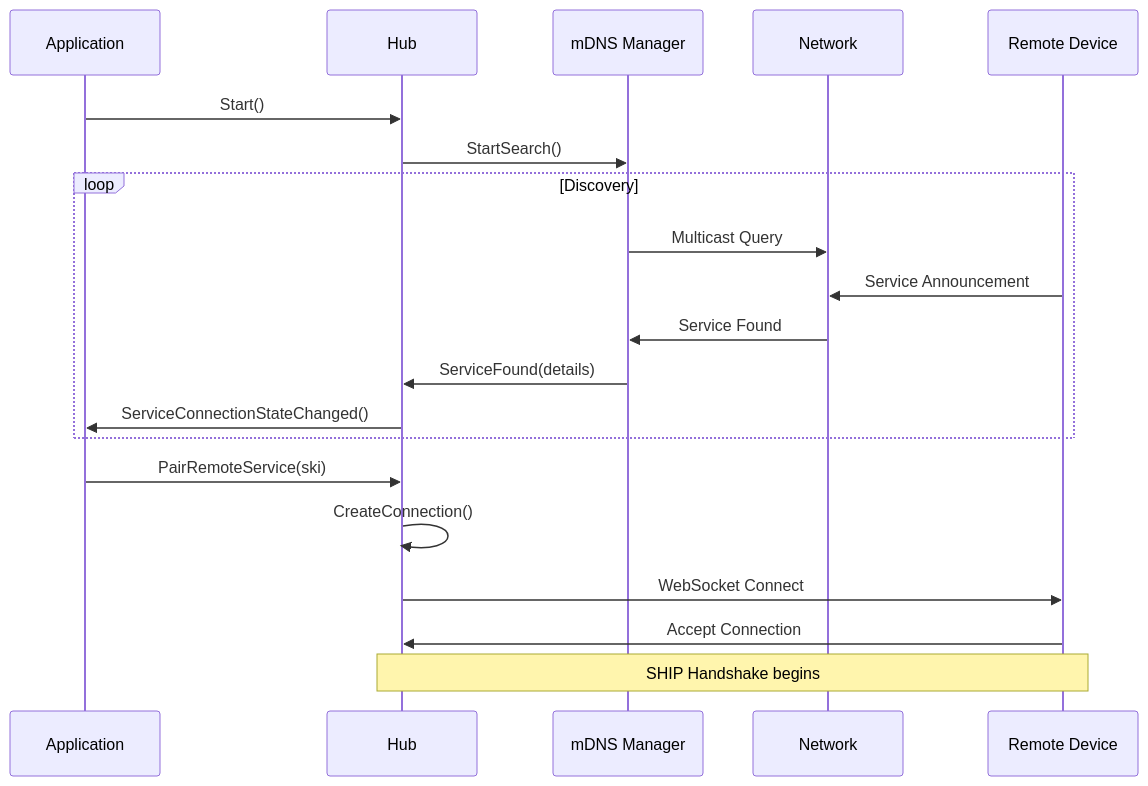
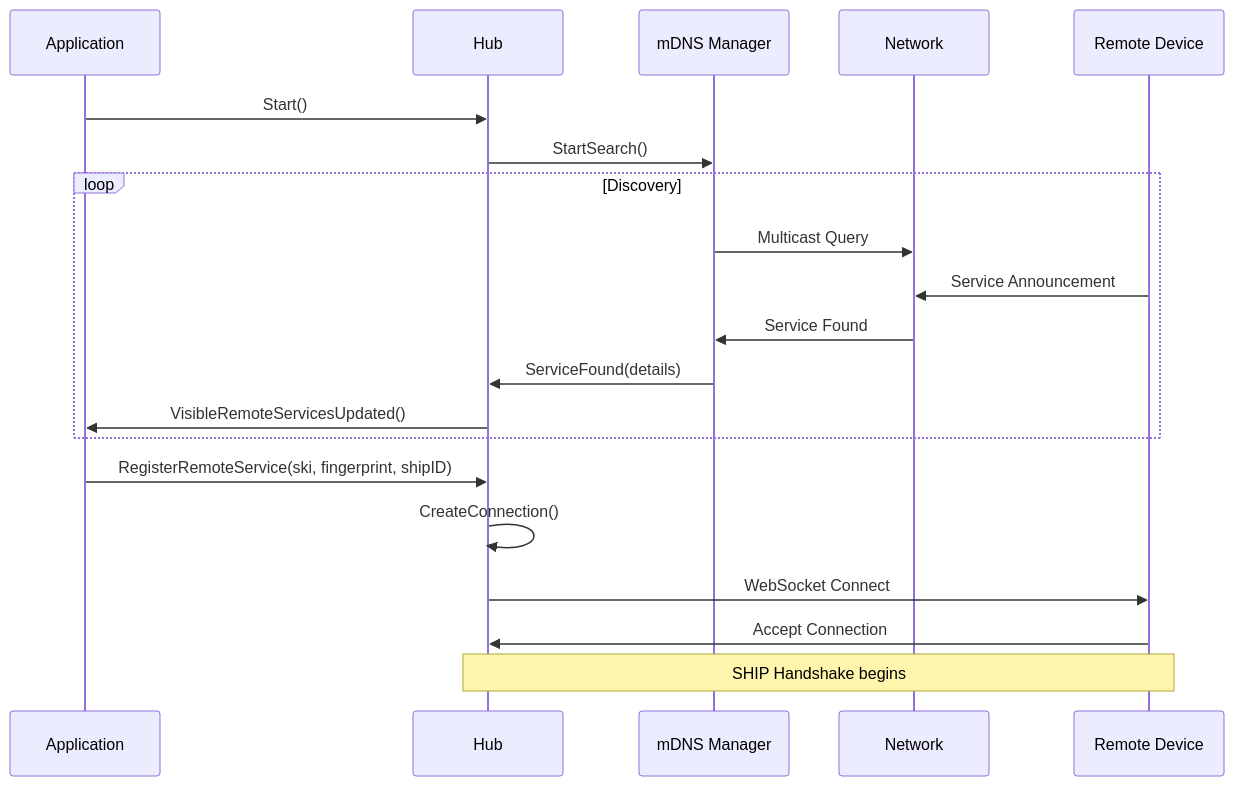
Before and after one commit to enbility/ship-go: the sixth of 15 diagrams in ARCHITECTURE.md, drawn with Mermaid. The commit also changed other lines of this file and 57 other files, not shown here.

````diff
--- a/ARCHITECTURE.md
+++ b/ARCHITECTURE.md
@@ -251,26 +270,26 @@
 ```mermaid
 sequenceDiagram
     participant App as Application
     participant Hub as Hub
     participant mDNS as mDNS Manager
     participant Net as Network
     participant Remote as Remote Device
     
     App->>Hub: Start()
     Hub->>mDNS: StartSearch()
     
     loop Discovery
         mDNS->>Net: Multicast Query
         Remote->>Net: Service Announcement
         Net->>mDNS: Service Found
         mDNS->>Hub: ServiceFound(details)
-        Hub->>App: ServiceConnectionStateChanged()
+        Hub->>App: VisibleRemoteServicesUpdated()
     end
     
-    App->>Hub: PairRemoteService(ski)
+    App->>Hub: RegisterRemoteService(ski, fingerprint, shipID)
     Hub->>Hub: CreateConnection()
     Hub->>Remote: WebSocket Connect
     Remote->>Hub: Accept Connection
     
     Note over Hub,Remote: SHIP Handshake begins
 ```
````
